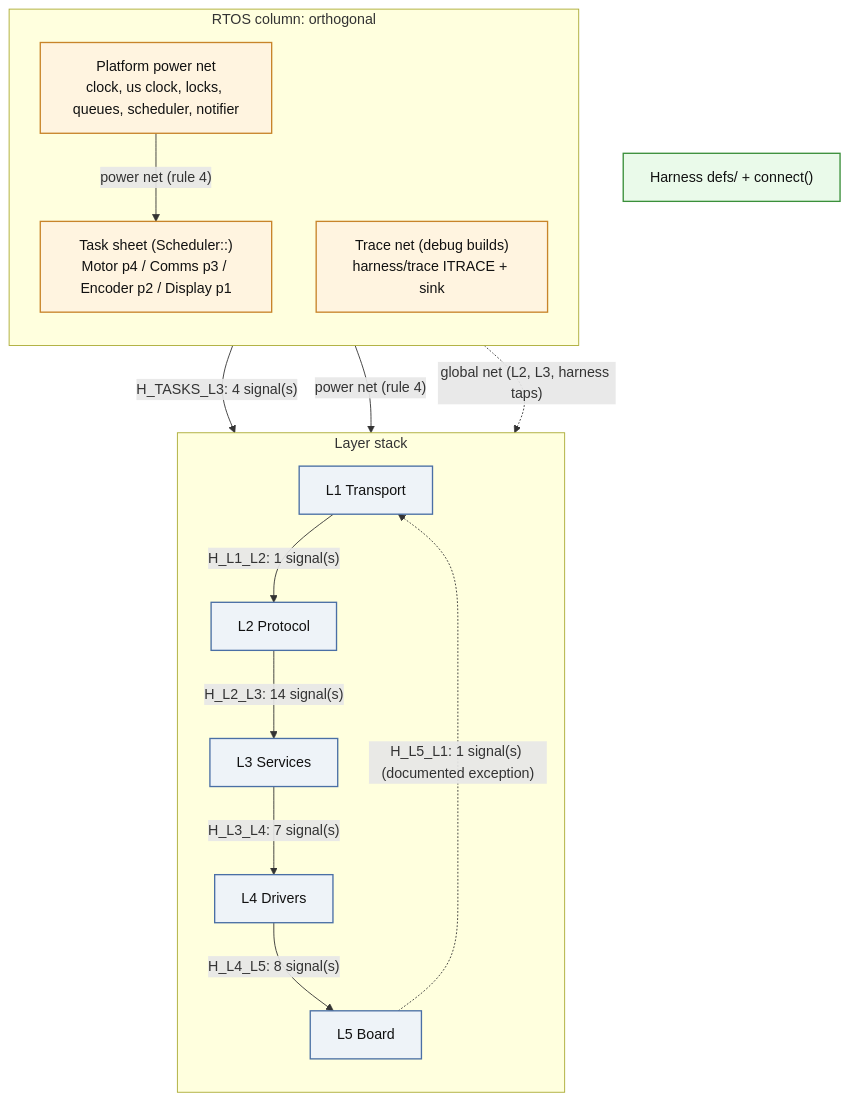
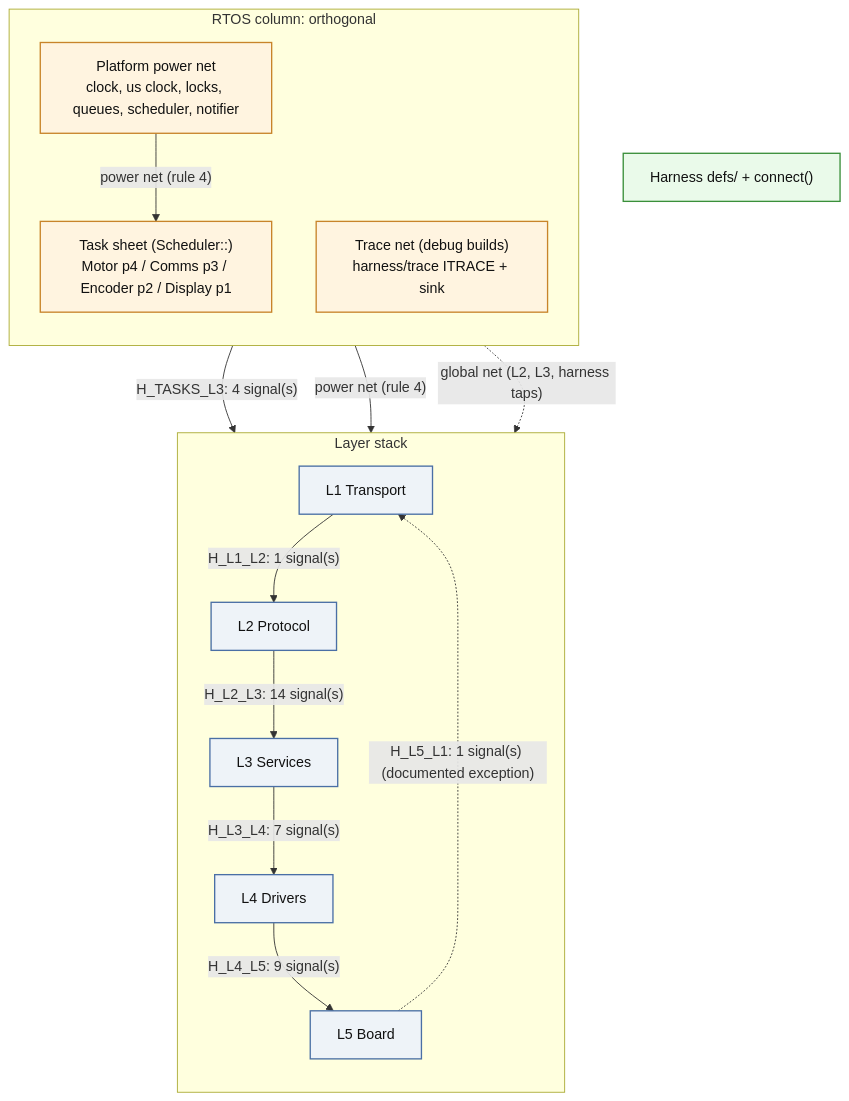
The diagram in docs/ARCHITECTURE.md (rcampiz/StepperMotorController), drawn with Mermaid before and after one commit. The commit also changed other lines of this file and 9 other files, not shown here.

````diff
--- a/docs/ARCHITECTURE.md
+++ b/docs/ARCHITECTURE.md
@@ -125,30 +126,30 @@
 ```mermaid
 flowchart TB
   classDef layer fill:#eef3f8,stroke:#4a6fa5,stroke-width:1.5px,color:#111
   classDef rtos fill:#fff4e0,stroke:#c8842a,stroke-width:1.5px,color:#111
   classDef harness fill:#eafaea,stroke:#3a8f3a,stroke-width:1.5px,color:#111
   subgraph STACK[Layer stack]
     direction TB
     L1["L1 Transport"]:::layer
     L2["L2 Protocol"]:::layer
     L3["L3 Services"]:::layer
     L4["L4 Drivers"]:::layer
     L5["L5 Board"]:::layer
   end
   subgraph RTOS[RTOS column: orthogonal]
     direction TB
     TASKS["Task sheet (Scheduler::)\nMotor p4 / Comms p3 / Encoder p2 / Display p1"]:::rtos
     PLATFORM["Platform power net\nclock, us clock, locks, queues, scheduler, notifier"]:::rtos
     TRACE["Trace net (debug builds)\nharness/trace ITRACE + sink"]:::rtos
   end
   HARNESS["Harness defs/ + connect()"]:::harness
   L1 -- "H_L1_L2: 1 signal(s)" --> L2
   L2 -- "H_L2_L3: 14 signal(s)" --> L3
   L3 -- "H_L3_L4: 7 signal(s)" --> L4
-  L4 -- "H_L4_L5: 8 signal(s)" --> L5
+  L4 -- "H_L4_L5: 9 signal(s)" --> L5
   L5 -. "H_L5_L1: 1 signal(s) (documented exception)" .-> L1
   TASKS -- "H_TASKS_L3: 4 signal(s)" --> L3
   PLATFORM -- "power net (rule 4)" --> STACK
   PLATFORM -- "power net (rule 4)" --> TASKS
   TRACE -. "global net (L2, L3, harness taps)" .-> STACK
 ```
````
